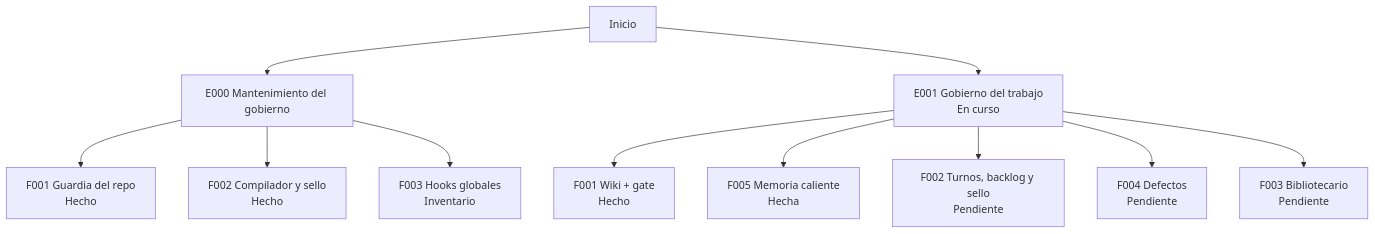
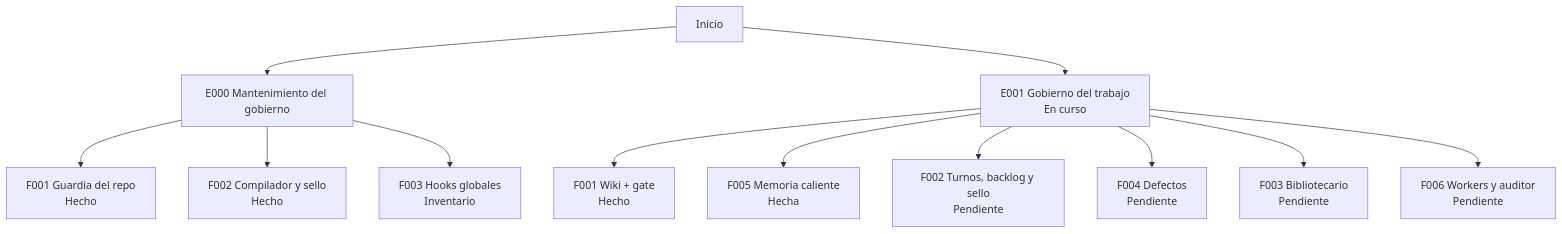
The second of 2 diagrams in docs/README.md (jliberal-aquas/aquas-central-harness-government), drawn with Mermaid before and after one commit. The commit also changed other lines of this file and 1 other file, not shown here.

Commit message:
Backlog: decisiones de diseño del bibliotecario y F006 workers y auditor
F006 lo había pedido el humano y no estaba registrado en ningún lado.

````diff
--- a/docs/README.md
+++ b/docs/README.md
@@ -103,13 +103,14 @@
 ```mermaid
 flowchart TD
     R["Inicio"] --> E0["E000 Mantenimiento del gobierno"]
     R --> E1["E001 Gobierno del trabajo<br/>En curso"]
     E0 --> E0F1["F001 Guardia del repo<br/>Hecho"]
     E0 --> E0F2["F002 Compilador y sello<br/>Hecho"]
     E0 --> E0F3["F003 Hooks globales<br/>Inventario"]
     E1 --> E1F1["F001 Wiki + gate<br/>Hecho"]
     E1 --> E1F5["F005 Memoria caliente<br/>Hecha"]
     E1 --> E1F2["F002 Turnos, backlog y sello<br/>Pendiente"]
     E1 --> E1F4["F004 Defectos<br/>Pendiente"]
     E1 --> E1F3["F003 Bibliotecario<br/>Pendiente"]
+    E1 --> E1F6["F006 Workers y auditor<br/>Pendiente"]
 ```
````
